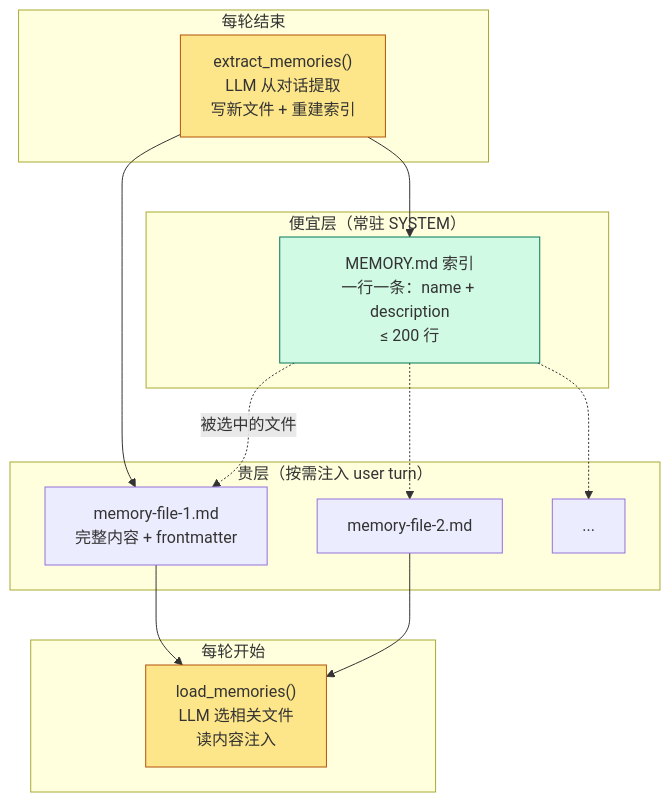
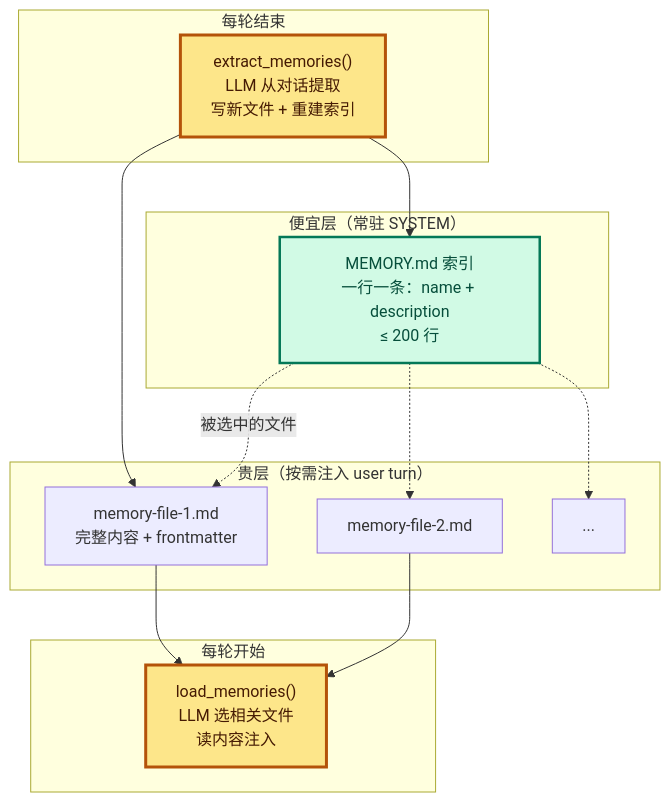
One commit to PyrePuin/From-Zero-LLM-Agent-Infra-Notes changed the diagram in Agent/Harness/Claude Code/Phase 3 - 记忆与恢复/09 - Memory.md. Above: the diagram before and after it, drawn with Mermaid. The commit also changed 23 other files, not shown here.

First line of the commit message:
refactor(mermaid): 统一所有图的视觉规范

````diff
--- a/Agent/Harness/Claude Code/Phase 3 - 记忆与恢复/09 - Memory.md
+++ b/Agent/Harness/Claude Code/Phase 3 - 记忆与恢复/09 - Memory.md
@@ -59,29 +59,30 @@
 ```mermaid
+%%{init: {'themeVariables': {'fontSize': '16px', 'fontFamily': 'ui-sans-serif, system-ui, -apple-system, "Segoe UI", Roboto, sans-serif'}}}%%
 flowchart TB
     subgraph Cheap["便宜层（常驻 SYSTEM）"]
         Index["MEMORY.md 索引<br/>一行一条：name + description<br/>≤ 200 行"]
     end
     subgraph Expensive["贵层（按需注入 user turn）"]
         File1["memory-file-1.md<br/>完整内容 + frontmatter"]
         File2["memory-file-2.md"]
         File3["..."]
     end
     subgraph Trigger["每轮开始"]
         Load["load_memories()<br/>LLM 选相关文件<br/>读内容注入"]
     end
     subgraph Write["每轮结束"]
         Extract["extract_memories()<br/>LLM 从对话提取<br/>写新文件 + 重建索引"]
     end
 
     Index -.->|被选中的文件| File1
     Index -.-> File2
     Index -.-> File3
     File1 --> Load
     File2 --> Load
     Extract --> File1
     Extract --> Index
 
-    style Index fill:#d1fae5,stroke:#047857
-    style Load fill:#fde68a,stroke:#b45309
-    style Extract fill:#fde68a,stroke:#b45309
+    style Index fill:#d1fae5,stroke:#047857,stroke-width:2.5px,color:#064e3b
+    style Load fill:#fde68a,stroke:#b45309,stroke-width:3px,color:#451a03
+    style Extract fill:#fde68a,stroke:#b45309,stroke-width:3px,color:#451a03
 ```
````
